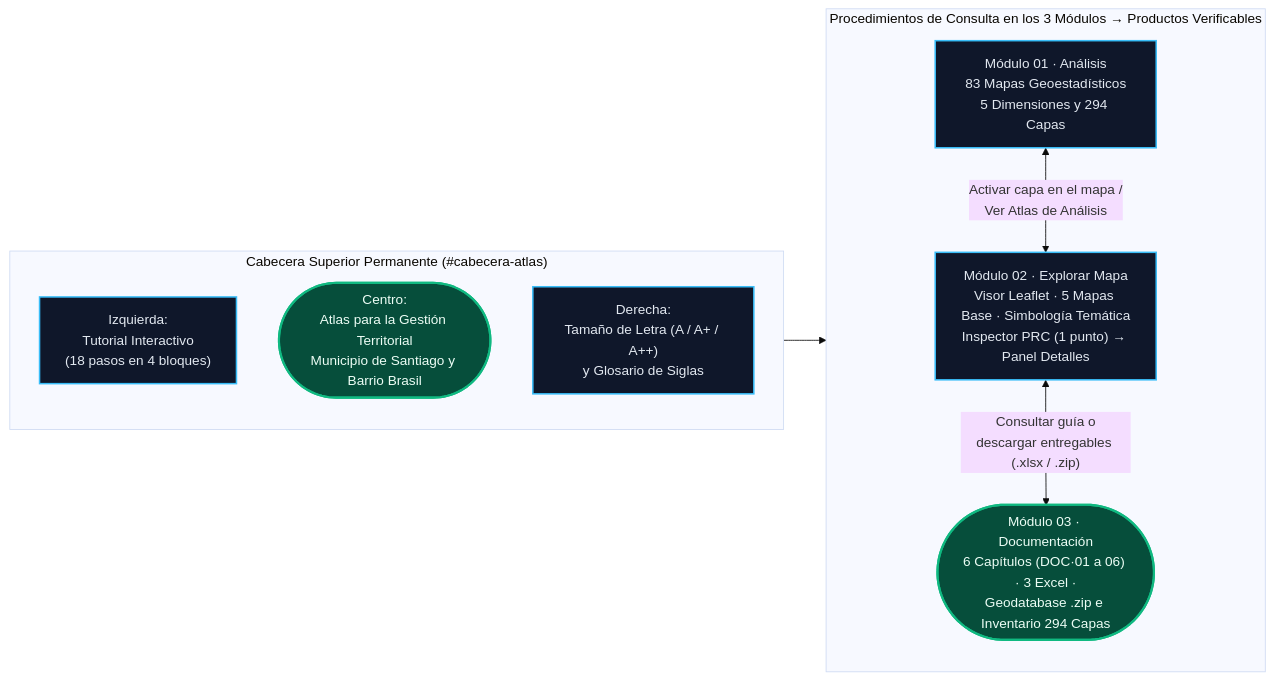
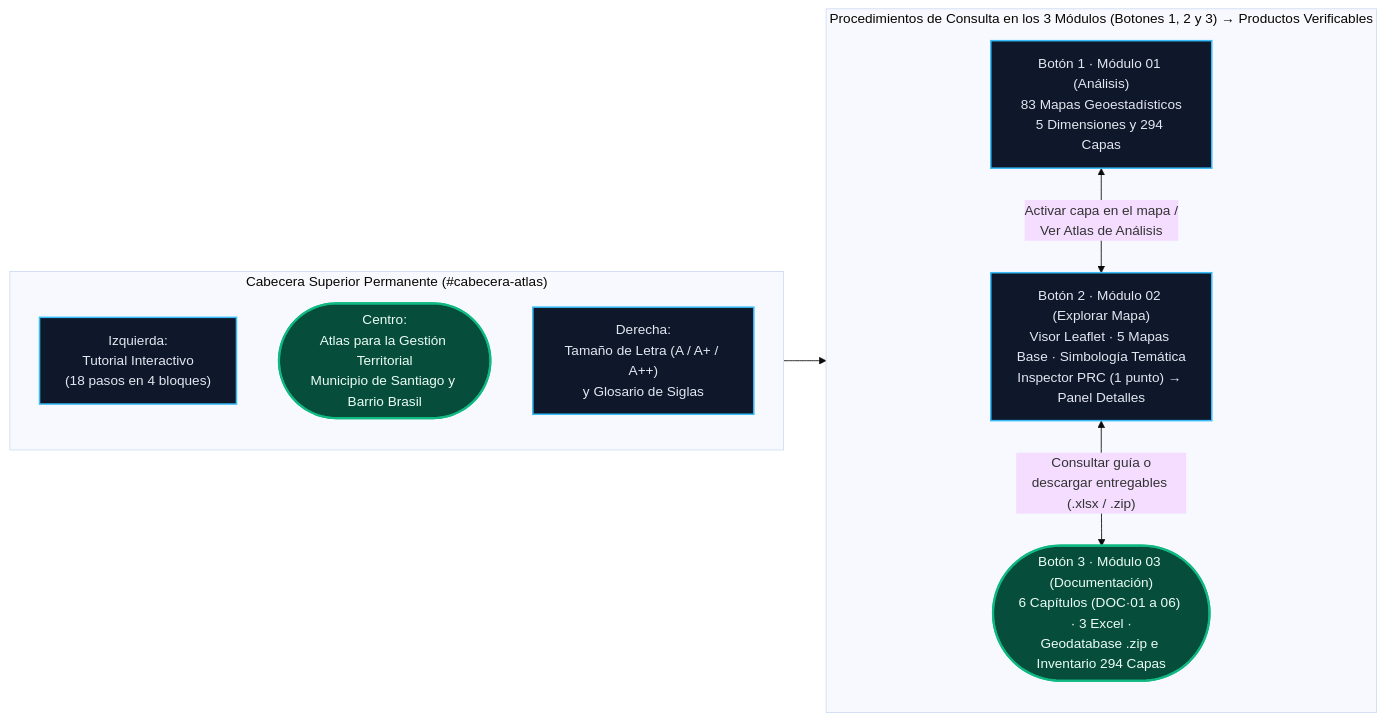
Before and after one commit to GEOJOTA/atlas-vgi-barrio-brasil: the first of 5 diagrams in src/docs/MANUAL_USO.md, drawn with Mermaid (base theme). The commit also changed 8 other files, not shown here.

Commit message:
ui(navegacion): numerar los 3 botones de modulo (1, 2, 3) para evitar repetir el titular (v75)

````diff
--- a/src/docs/MANUAL_USO.md
+++ b/src/docs/MANUAL_USO.md
@@ -18,21 +18,21 @@
 ```mermaid
 flowchart LR
     classDef proc fill:#0f172a,stroke:#38bdf8,stroke-width:1.8px,color:#e2e8f0
     classDef ent fill:#064e3b,stroke:#10b981,stroke-width:2.5px,color:#ecfdf5
 
     subgraph CAB["Cabecera Superior Permanente (#cabecera-atlas)"]
         TUT["Izquierda:\nTutorial Interactivo\n(18 pasos en 4 bloques)"]:::proc
         TIT(["Centro:\nAtlas para la Gestión Territorial\nMunicipio de Santiago y Barrio Brasil"]):::ent
         GLO["Derecha:\nTamaño de Letra (A / A+ / A++)\ny Glosario de Siglas"]:::proc
     end
 
-    subgraph MODS["Procedimientos de Consulta en los 3 Módulos → Productos Verificables"]
-        M1["Módulo 01 · Análisis\n83 Mapas Geoestadísticos\n5 Dimensiones y 294 Capas"]:::proc
-        M2["Módulo 02 · Explorar Mapa\nVisor Leaflet · 5 Mapas Base · Simbología Temática\nInspector PRC (1 punto) → Panel Detalles"]:::proc
-        M3(["Módulo 03 · Documentación\n6 Capítulos (DOC·01 a 06) · 3 Excel ·\nGeodatabase .zip e Inventario 294 Capas"]):::ent
+    subgraph MODS["Procedimientos de Consulta en los 3 Módulos (Botones 1, 2 y 3) → Productos Verificables"]
+        M1["Botón 1 · Módulo 01 (Análisis)\n83 Mapas Geoestadísticos\n5 Dimensiones y 294 Capas"]:::proc
+        M2["Botón 2 · Módulo 02 (Explorar Mapa)\nVisor Leaflet · 5 Mapas Base · Simbología Temática\nInspector PRC (1 punto) → Panel Detalles"]:::proc
+        M3(["Botón 3 · Módulo 03 (Documentación)\n6 Capítulos (DOC·01 a 06) · 3 Excel ·\nGeodatabase .zip e Inventario 294 Capas"]):::ent
     end
 
     CAB --> MODS
     M1 <-->|"Activar capa en el mapa /\nVer Atlas de Análisis"| M2
     M2 <-->|"Consultar guía o\ndescargar entregables (.xlsx / .zip)"| M3
 ```
````
